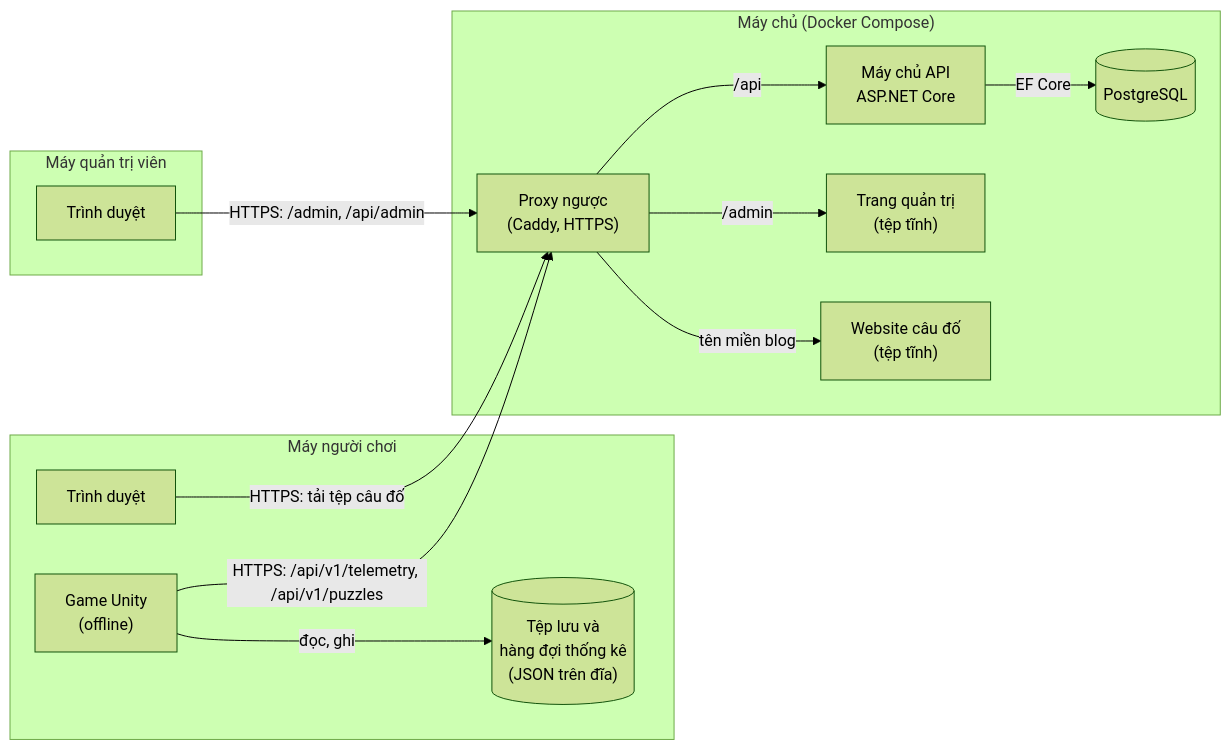
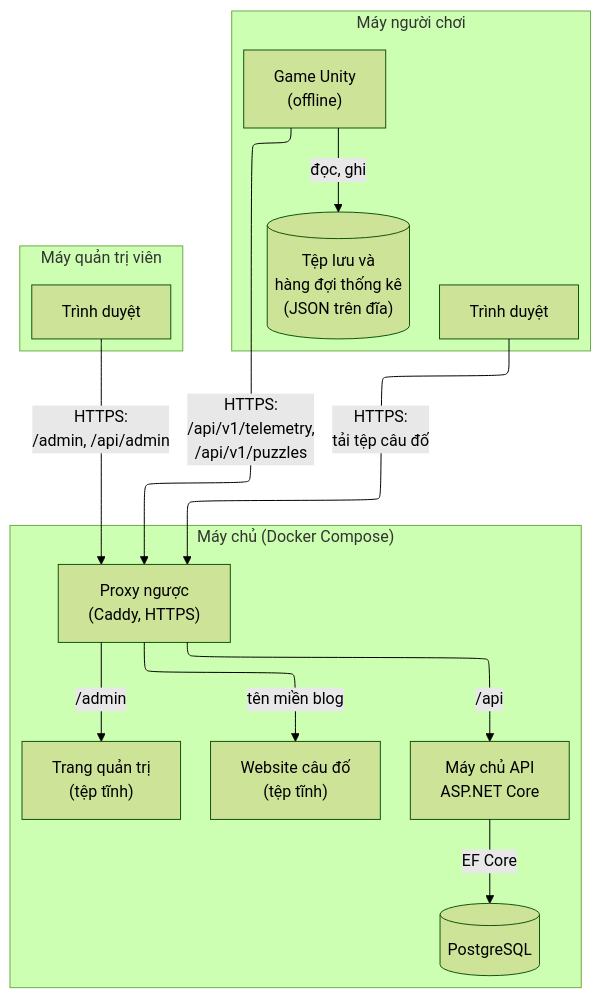
One commit to qivarnq3g/3-gio-12 changed the first of 4 diagrams in docs/thiet-ke/kien-truc-he-thong.md. Above: the diagram before and after it, drawn with Mermaid (forest theme). The commit also changed other lines of this file and 23 other files, not shown here.

````diff
--- a/docs/thiet-ke/kien-truc-he-thong.md
+++ b/docs/thiet-ke/kien-truc-he-thong.md
@@ -29,29 +29,30 @@
 ```mermaid
-flowchart LR
+%%{init: {"layout": "elk"}}%%
+flowchart TB
     subgraph player["Máy người chơi"]
         game["Game Unity<br/>(offline)"]
         save[("Tệp lưu và<br/>hàng đợi thống kê<br/>(JSON trên đĩa)")]
         browser1["Trình duyệt"]
     end
 
     subgraph admin_pc["Máy quản trị viên"]
         browser2["Trình duyệt"]
     end
 
     subgraph server["Máy chủ (Docker Compose)"]
         proxy["Proxy ngược<br/>(Caddy, HTTPS)"]
         api["Máy chủ API<br/>ASP.NET Core"]
         db[("PostgreSQL")]
         admin["Trang quản trị<br/>(tệp tĩnh)"]
         arg["Website câu đố<br/>(tệp tĩnh)"]
     end
 
     game -- "đọc, ghi" --> save
-    game -- "HTTPS: /api/v1/telemetry, /api/v1/puzzles" --> proxy
-    browser1 -- "HTTPS: tải tệp câu đố" --> proxy
-    browser2 -- "HTTPS: /admin, /api/admin" --> proxy
+    game -- "HTTPS:<br/>/api/v1/telemetry,<br/>/api/v1/puzzles" --> proxy
+    browser1 -- "HTTPS:<br/>tải tệp câu đố" --> proxy
+    browser2 -- "HTTPS:<br/>/admin, /api/admin" --> proxy
     proxy -- "/api" --> api
     proxy -- "/admin" --> admin
     proxy -- "tên miền blog" --> arg
     api -- "EF Core" --> db
 ```
````
